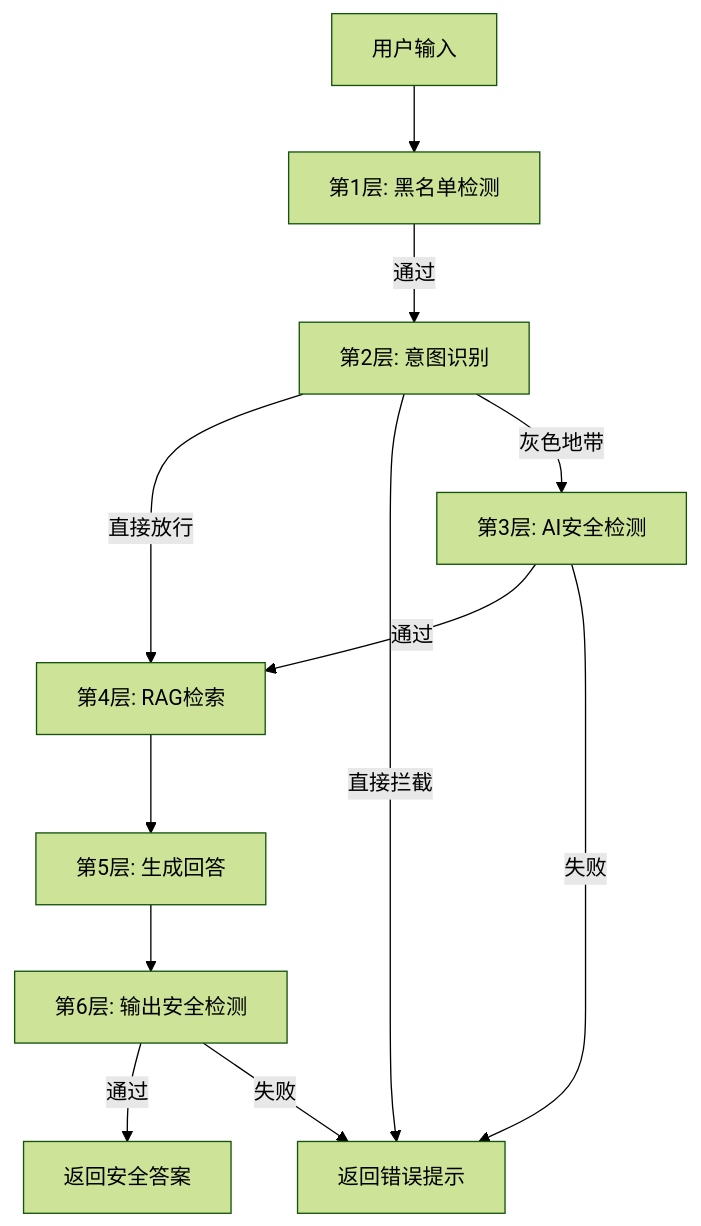
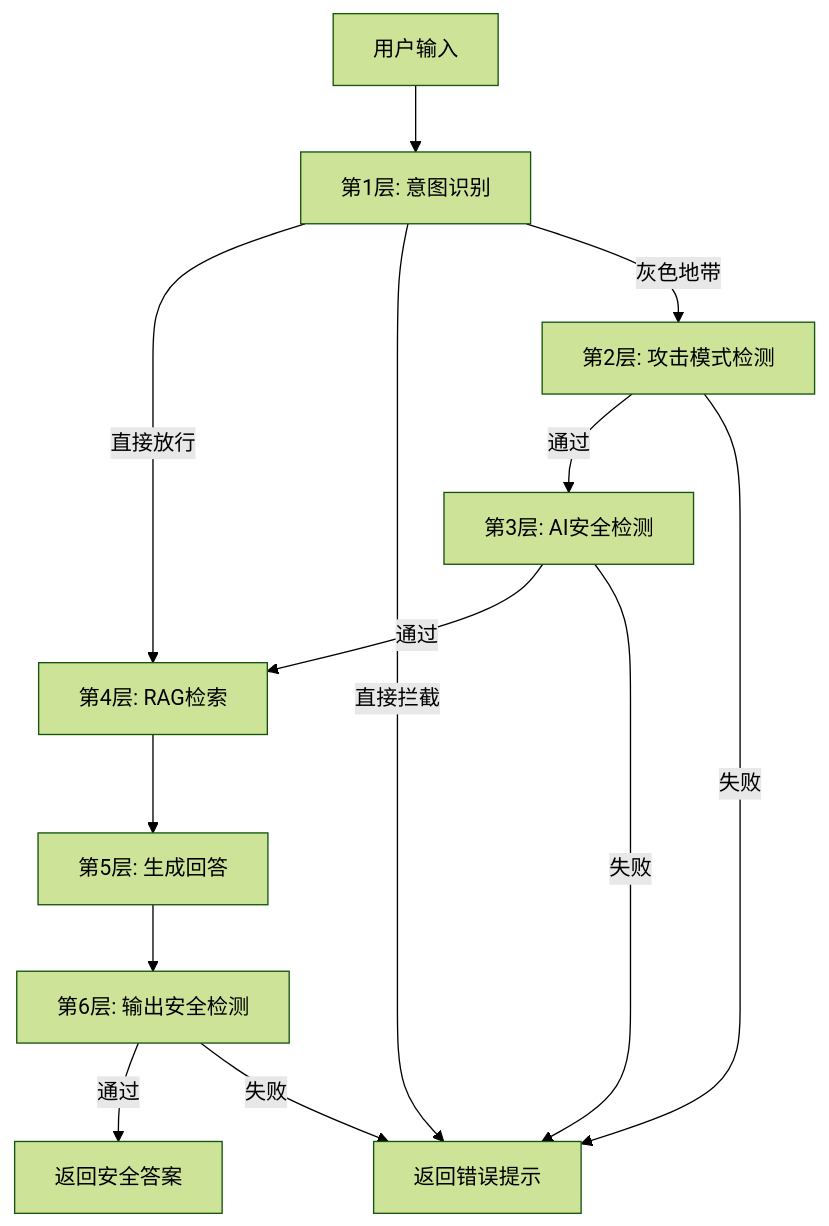
Before and after one commit to ZiiiHe1012/Attack_Defense_Bot: the diagram in README.md, drawn with Mermaid (forest theme). The commit also changed other lines of this file and 4 other files, not shown here.

````diff
--- a/README.md
+++ b/README.md
@@ -13,14 +12,15 @@
 ```mermaid
 graph TD
-    A[用户输入] --> B[第1层: 黑名单检测]
-    B -->|通过| C[第2层: 意图识别]
-    C -->|直接放行| D[第4层: RAG检索]
-    C -->|直接拦截| Z[返回错误提示]
-    C -->|灰色地带| E[第3层: AI安全检测]
+    A[用户输入] --> B[第1层: 意图识别]
+    B -->|直接放行| D[第4层: RAG检索]
+    B -->|直接拦截| Z[返回错误提示]
+    B -->|灰色地带| C[第2层: 攻击模式检测]
+    C -->|通过| E[第3层: AI安全检测]
+    C -->|失败| Z
     E -->|通过| D
     E -->|失败| Z
     D --> F[第5层: 生成回答]
     F --> G[第6层: 输出安全检测]
     G -->|通过| H[返回安全答案]
     G -->|失败| Z
 ```
````
